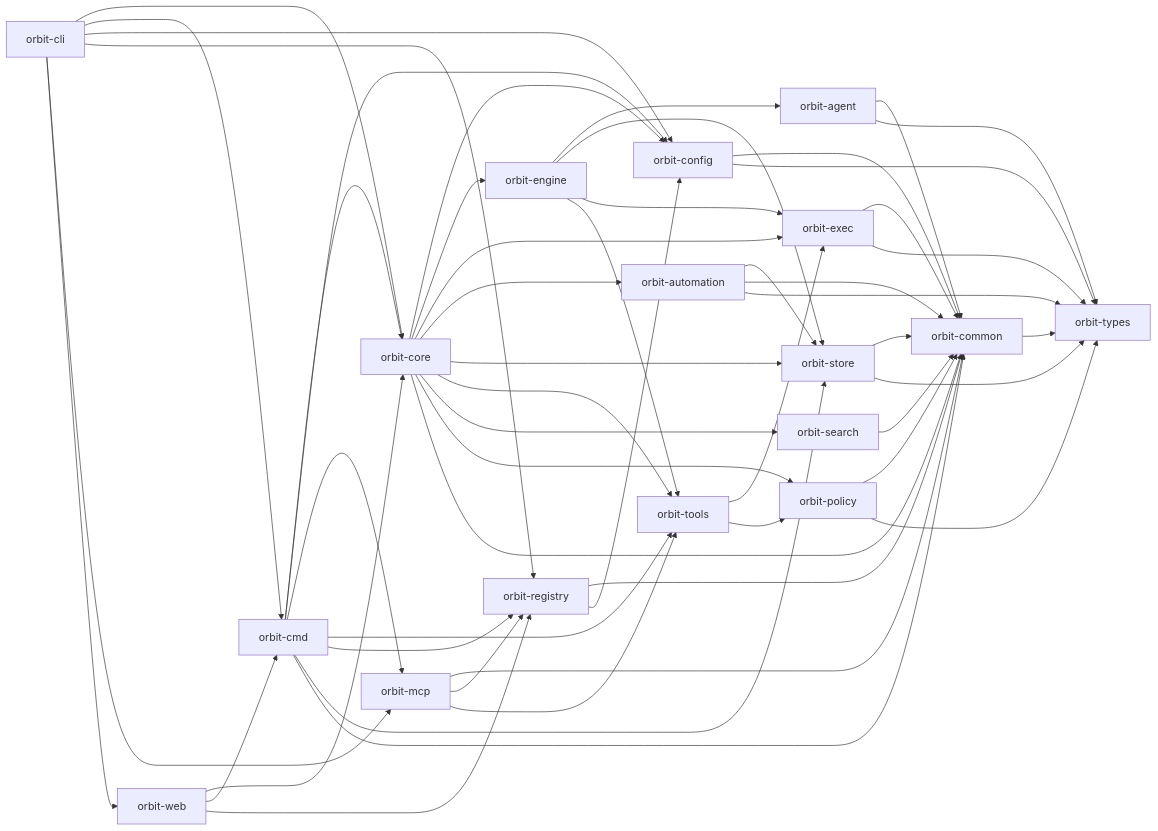
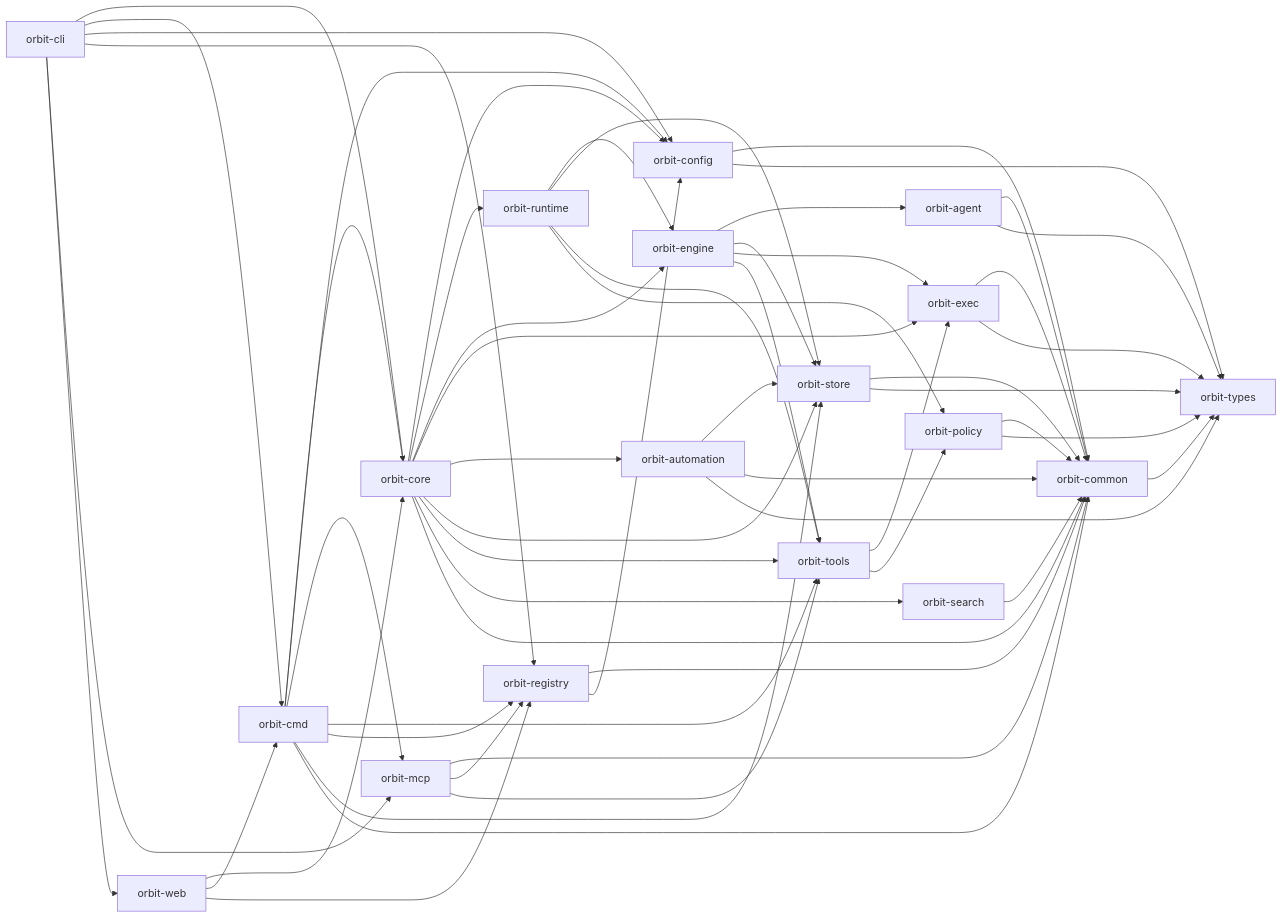
Before and after one commit to constellation-works/orbit: the diagram in website/src/content/docs/contributing/crate-layout.md, drawn with Mermaid. The commit also changed other lines of this file and 1 other file, not shown here.

Commit message:
chore: [auto-task] Website accuracy — validate the oldest orbit-cli.com… [ORB-18598]
[auto-task] Website accuracy — validate the oldest orbit-cli.com pages against the current release

````diff
--- a/website/src/content/docs/contributing/crate-layout.md
+++ b/website/src/content/docs/contributing/crate-layout.md
@@ -32,54 +33,58 @@
 ```mermaid
 flowchart LR
   CLI["orbit-cli"] --> Core["orbit-core"]
   CLI --> Cmd["orbit-cmd"]
   CLI --> Config["orbit-config"]
   CLI --> Registry["orbit-registry"]
   CLI --> MCP["orbit-mcp"]
   CLI --> Web["orbit-web"]
   Cmd --> Core
   Cmd --> Config
   Cmd --> MCP
   Cmd --> Tools
   Cmd --> Registry
   Cmd --> Store
   Core --> Config
+  Core --> Runtime["orbit-runtime"]
   Core --> Engine["orbit-engine"]
   Core --> Exec
   Core --> Automation["orbit-automation"]
   Automation --> Store
   Automation --> Common
   Automation --> Types
   Core --> Store["orbit-store"]
   Core --> Tools["orbit-tools"]
   Core --> Search["orbit-search"]
-  Core --> Policy["orbit-policy"]
+  Runtime --> Engine
+  Runtime --> Store
+  Runtime --> Tools
+  Runtime --> Policy["orbit-policy"]
   Engine --> Agent["orbit-agent"]
   Engine --> Store
   Engine --> Exec["orbit-exec"]
   Engine --> Tools
   Tools --> Exec
   Tools --> Policy
   Exec --> Common["orbit-common"]
   Policy --> Common
   Store --> Common
   Agent --> Common
   Agent --> Types
   Search --> Common
   MCP --> Common
   MCP --> Registry
   MCP --> Tools
   Registry --> Common
   Registry --> Config
   Web --> Core
   Web --> Cmd
   Web --> Registry
   Cmd --> Common
   Core --> Common
   Config --> Common
   Config --> Types
   Common --> Types["orbit-types"]
   Exec --> Types
   Policy --> Types
   Store --> Types
 ```
````
